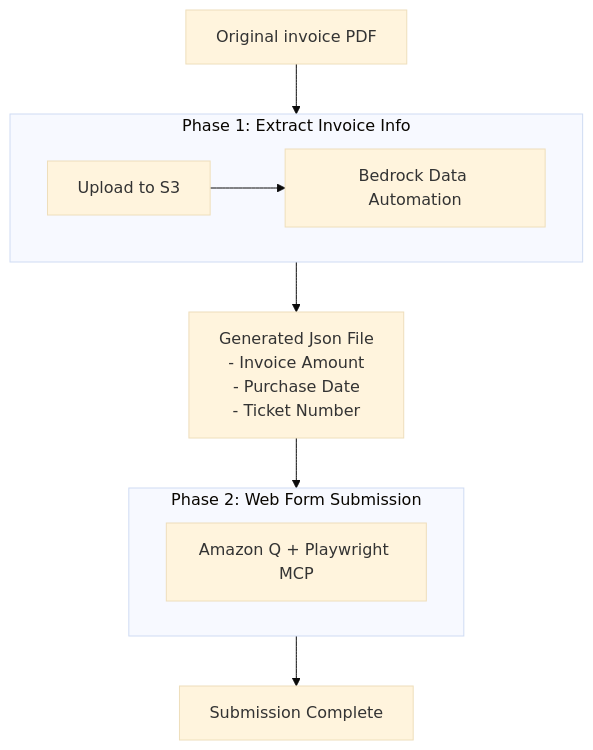
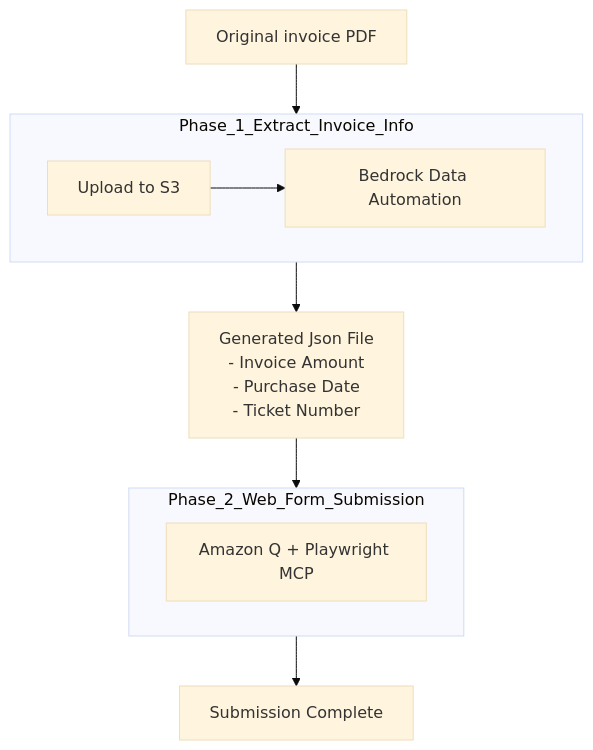
One commit to linkcd/ai_invoice_submission changed the diagram in README.md. Above: the diagram before and after it, drawn with Mermaid (base theme).

````diff
--- a/README.md
+++ b/README.md
@@ -26,20 +26,20 @@
 ```mermaid
 flowchart TD
     A["Original invoice PDF"] --> PY["Python App"]
     
-    subgraph PY["`Phase 1: Extract Invoice Info`"]
+    subgraph PY["Phase_1_Extract_Invoice_Info"]
         B["Upload to S3"]
         C["Bedrock Data Automation"]
         B --> C
     end
     
     PY --> D["Generated Json File<br/>- Invoice Amount<br/>- Purchase Date<br/>- Ticket Number"]
     D --> MCP["MCP Client"]
     
-    subgraph MCP["`Phase 2: Web Form Submission`"]
+    subgraph MCP["`Phase_2_Web_Form_Submission`"]
         E["Amazon Q + Playwright MCP"]
     end
     
     MCP --> F["Submission Complete"]
 
 ```
````
